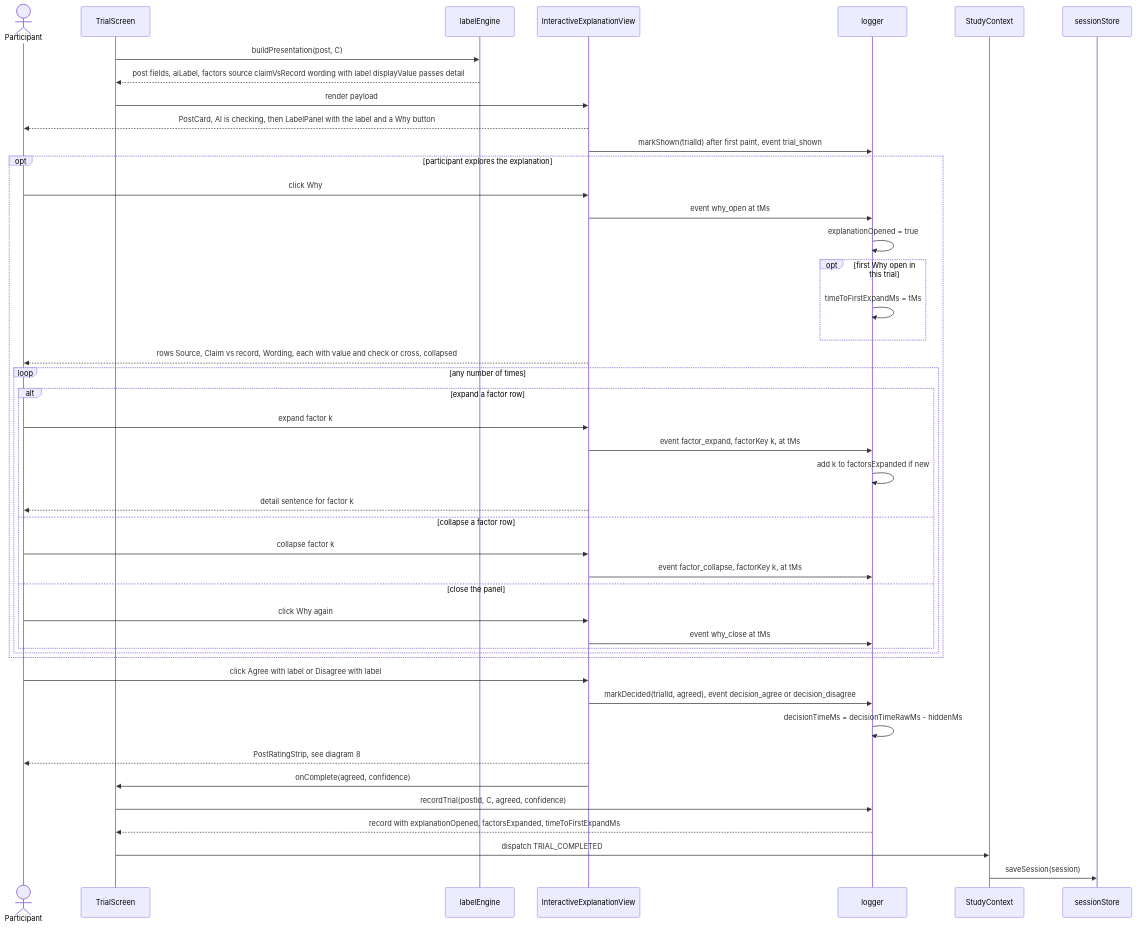
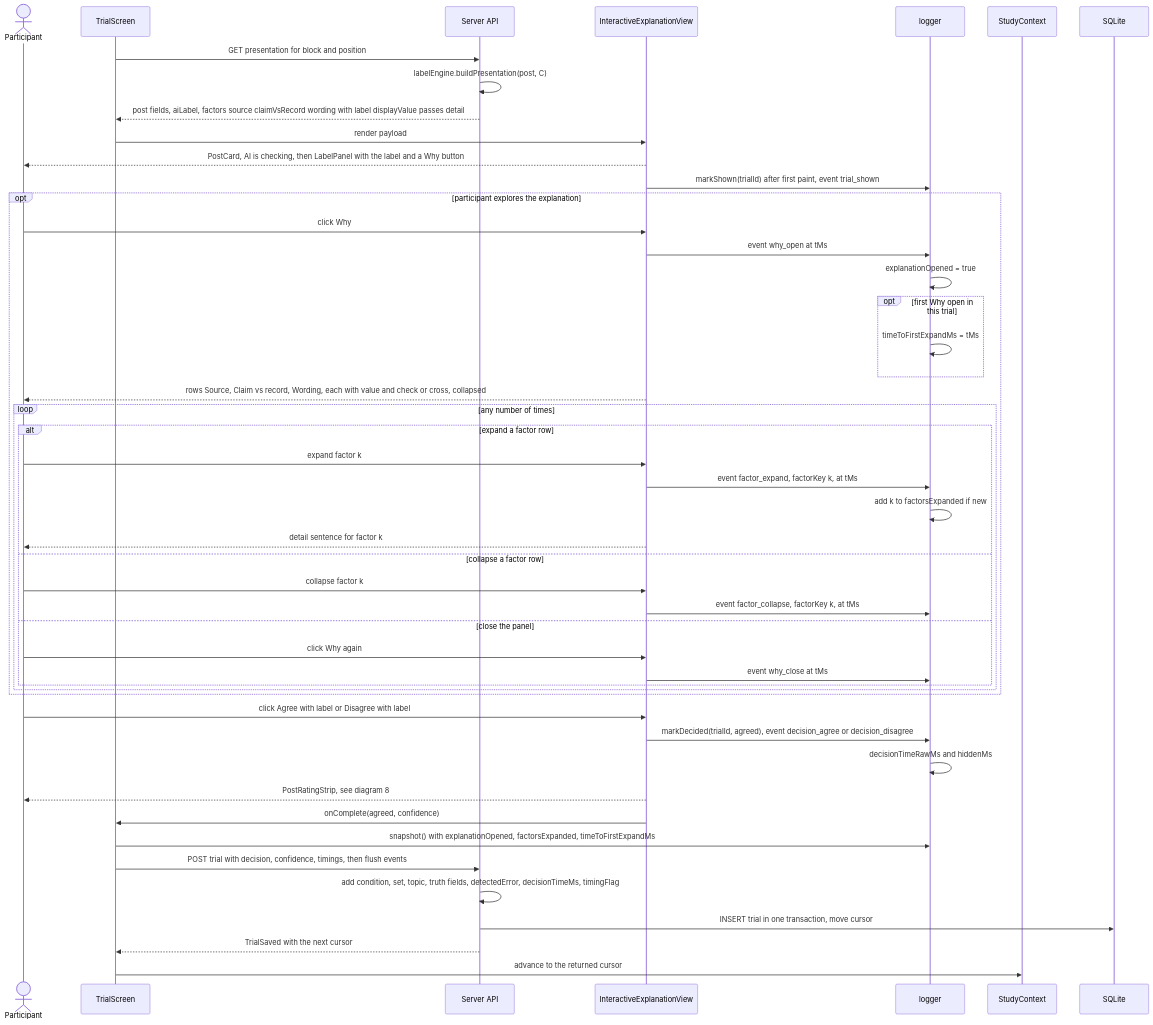
The fourth of 12 diagrams in docs/sequence-diagrams.md (bibekgupta3333/HCI), drawn with Mermaid before and after one commit. The commit also changed other lines of this file and 87 other files, not shown here.

````diff
--- a/docs/sequence-diagrams.md
+++ b/docs/sequence-diagrams.md
@@ -183,48 +204,51 @@
 ```mermaid
 sequenceDiagram
     actor P as Participant
     participant Trial as TrialScreen
-    participant LE as labelEngine
+    participant API as Server API
     participant View as InteractiveExplanationView
     participant Log as logger
     participant SC as StudyContext
-    participant SS as sessionStore
+    participant DB as SQLite
 
-    Trial->>LE: buildPresentation(post, C)
-    LE-->>Trial: post fields, aiLabel, factors source claimVsRecord wording with label displayValue passes detail
+    Trial->>API: GET presentation for block and position
+    API->>API: labelEngine.buildPresentation(post, C)
+    API-->>Trial: post fields, aiLabel, factors source claimVsRecord wording with label displayValue passes detail
     Trial->>View: render payload
     View-->>P: PostCard, AI is checking, then LabelPanel with the label and a Why button
     View->>Log: markShown(trialId) after first paint, event trial_shown
     opt participant explores the explanation
         P->>View: click Why
         View->>Log: event why_open at tMs
         Log->>Log: explanationOpened = true
         opt first Why open in this trial
             Log->>Log: timeToFirstExpandMs = tMs
         end
         View-->>P: rows Source, Claim vs record, Wording, each with value and check or cross, collapsed
         loop any number of times
             alt expand a factor row
                 P->>View: expand factor k
                 View->>Log: event factor_expand, factorKey k, at tMs
                 Log->>Log: add k to factorsExpanded if new
                 View-->>P: detail sentence for factor k
             else collapse a factor row
                 P->>View: collapse factor k
                 View->>Log: event factor_collapse, factorKey k, at tMs
             else close the panel
                 P->>View: click Why again
                 View->>Log: event why_close at tMs
             end
         end
     end
     P->>View: click Agree with label or Disagree with label
     View->>Log: markDecided(trialId, agreed), event decision_agree or decision_disagree
-    Log->>Log: decisionTimeMs = decisionTimeRawMs - hiddenMs
+    Log->>Log: decisionTimeRawMs and hiddenMs
     View-->>P: PostRatingStrip, see diagram 8
     View->>Trial: onComplete(agreed, confidence)
-    Trial->>Log: recordTrial(postId, C, agreed, confidence)
-    Log-->>Trial: record with explanationOpened, factorsExpanded, timeToFirstExpandMs
-    Trial->>SC: dispatch TRIAL_COMPLETED
-    SC->>SS: saveSession(session)
+    Trial->>Log: snapshot() with explanationOpened, factorsExpanded, timeToFirstExpandMs
+    Trial->>API: POST trial with decision, confidence, timings, then flush events
+    API->>API: add condition, set, topic, truth fields, detectedError, decisionTimeMs, timingFlag
+    API->>DB: INSERT trial in one transaction, move cursor
+    API-->>Trial: TrialSaved with the next cursor
+    Trial->>SC: advance to the returned cursor
 ```
````
